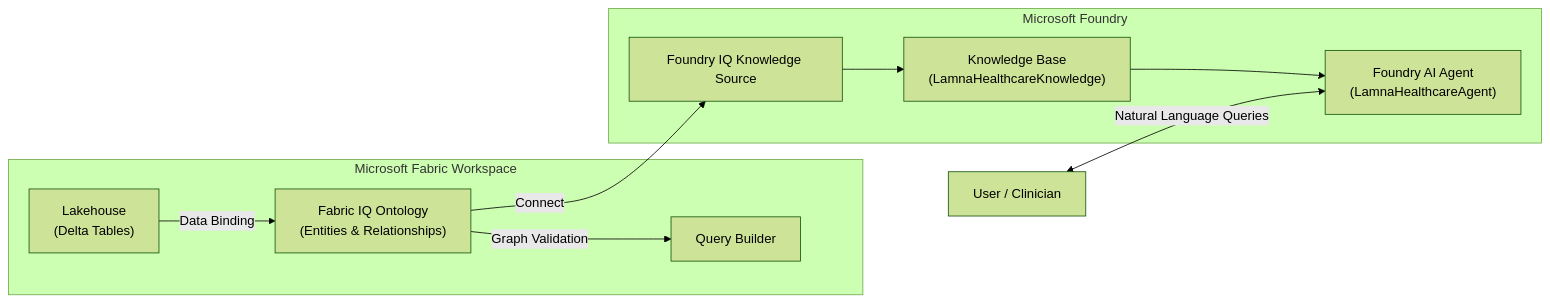
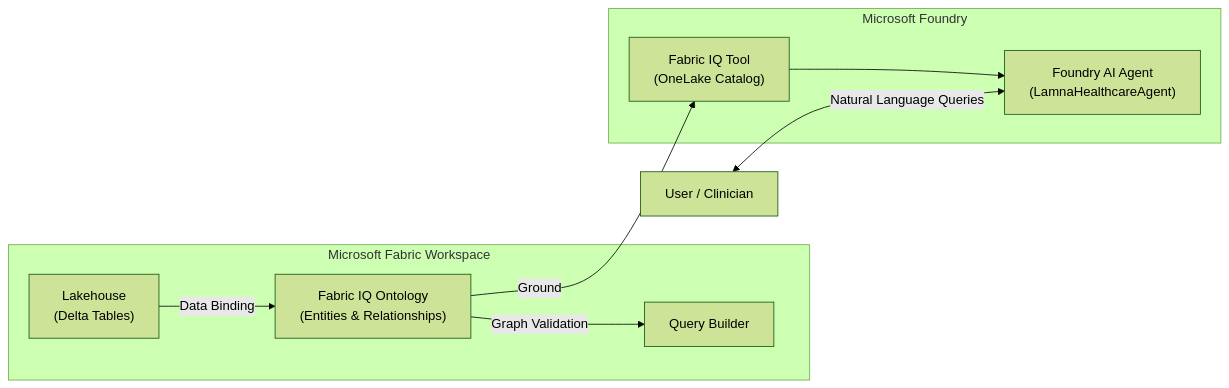
One commit to gh-agents-day/fabric-iq-workshop changed the diagram in README.md. Above: the diagram before and after it, drawn with Mermaid (forest theme). The commit also changed other lines of this file and 8 other files, not shown here.

Commit message:
Consolidate Foundry project, agent setup, Fabric IQ tool integration, and testing into Exercises 08 and 09

````diff
--- a/README.md
+++ b/README.md
@@ -48,21 +47,19 @@
 ```mermaid
 flowchart LR
     subgraph Fabric["Microsoft Fabric Workspace"]
         LH["Lakehouse<br/>(Delta Tables)"]
         ONT["Fabric IQ Ontology<br/>(Entities & Relationships)"]
         QB["Query Builder"]
         LH -->|Data Binding| ONT
         ONT -->|Graph Validation| QB
     end
 
     subgraph Foundry["Microsoft Foundry"]
-        FKS["Foundry IQ Knowledge Source"]
-        FKB["Knowledge Base<br/>(LamnaHealthcareKnowledge)"]
+        TOOL["Fabric IQ Tool<br/>(OneLake Catalog)"]
         AGT["Foundry AI Agent<br/>(LamnaHealthcareAgent)"]
-        ONT -->|Connect| FKS
-        FKS --> FKB
-        FKB --> AGT
+        ONT -->|Ground| TOOL
+        TOOL --> AGT
     end
 
     USER[User / Clinician] <-->|Natural Language Queries| AGT
 ```
````
